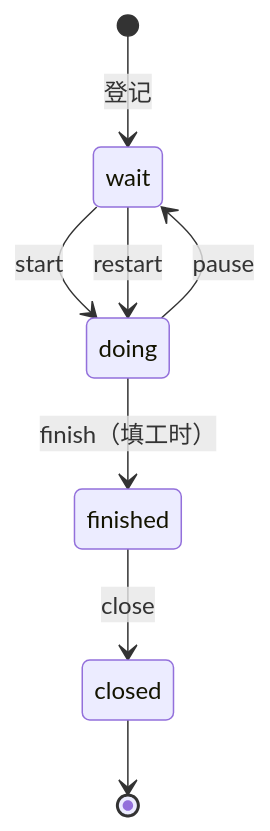
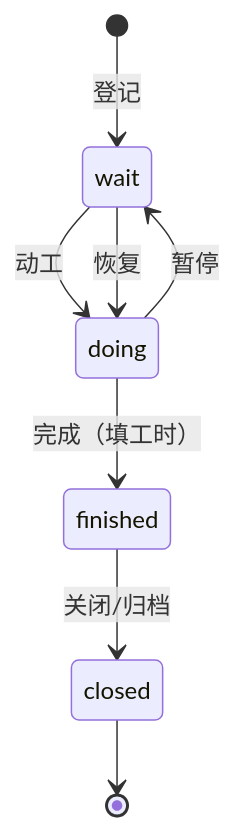
Before and after one commit to minjian123/basic-management-system: the diagram in 文档/规范/项目管理规范.md, drawn with Mermaid. The commit also changed other lines of this file and 103 other files, not shown here.

````diff
--- a/文档/规范/项目管理规范.md
+++ b/文档/规范/项目管理规范.md
@@ -159,10 +103,10 @@
 ```mermaid
 stateDiagram-v2
     [*] --> wait : 登记
-    wait --> doing : start
-    doing --> wait : pause
-    wait --> doing : restart
-    doing --> finished : finish（填工时）
-    finished --> closed : close
+    wait --> doing : 动工
+    doing --> wait : 暂停
+    wait --> doing : 恢复
+    doing --> finished : 完成（填工时）
+    finished --> closed : 关闭/归档
     closed --> [*]
 ```
````
